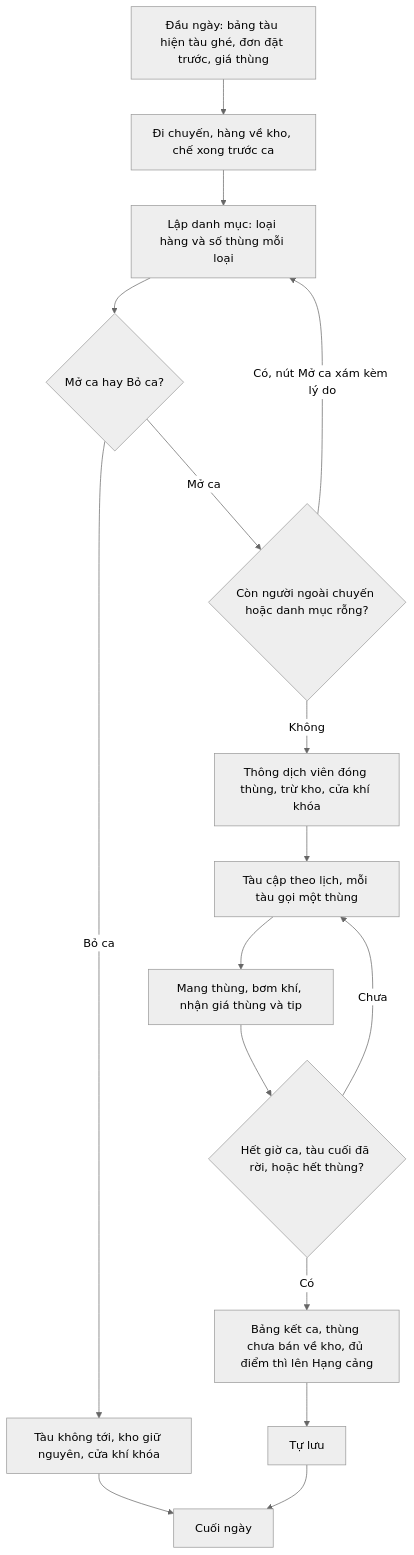
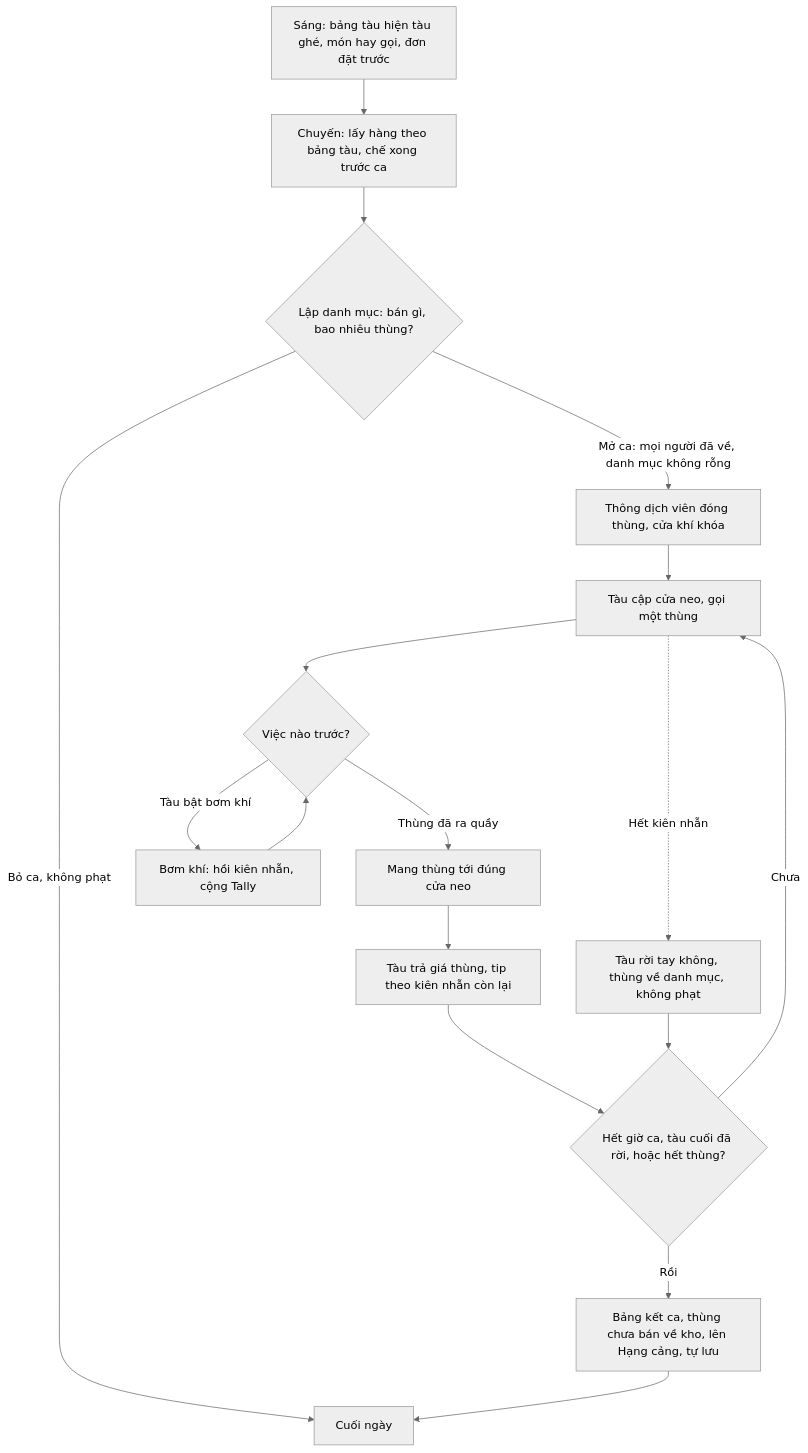
One commit to huycv18/DATN-SP27 changed the third of 4 diagrams in projects/game-moi/book/phan-2/01-mot-ngay.md. Above: the diagram before and after it, drawn with Mermaid (neutral theme). The commit also changed other lines of this file and 1 other file, not shown here.

Commit message:
Viết lại 3 sơ đồ core loop, toàn ca cảng, vòng chương: nhãn dòng tài nguyên trên mũi tên, nút quyết định của người chơi (lấy thêm hay về, lập danh mục, việc nào trước), cổng chương qua Hạng cảng trần chương, bỏ cổng động cơ khỏi core loop

````diff
--- a/projects/game-moi/book/phan-2/01-mot-ngay.md
+++ b/projects/game-moi/book/phan-2/01-mot-ngay.md
@@ -108,18 +105,19 @@
 ```mermaid
 flowchart TD
-  A["Đầu ngày: bảng tàu hiện tàu ghé, đơn đặt trước, giá thùng"] --> B["Đi chuyến, hàng về kho, chế xong trước ca"]
-  B --> C["Lập danh mục: loại hàng và số thùng mỗi loại"]
-  C --> D{"Mở ca hay Bỏ ca?"}
-  D -->|"Bỏ ca"| E["Tàu không tới, kho giữ nguyên, cửa khí khóa"]
-  D -->|"Mở ca"| F{"Còn người ngoài chuyến hoặc danh mục rỗng?"}
-  F -->|"Có, nút Mở ca xám kèm lý do"| C
-  F -->|"Không"| G["Thông dịch viên đóng thùng, trừ kho, cửa khí khóa"]
-  G --> H["Tàu cập theo lịch, mỗi tàu gọi một thùng"]
-  H --> I["Mang thùng, bơm khí, nhận giá thùng và tip"]
-  I --> J{"Hết giờ ca, tàu cuối đã rời, hoặc hết thùng?"}
-  J -->|"Chưa"| H
-  J -->|"Có"| K["Bảng kết ca, thùng chưa bán về kho, đủ điểm thì lên Hạng cảng"]
-  K --> L["Tự lưu"]
-  L --> M["Cuối ngày"]
-  E --> M
+  A["Sáng: bảng tàu hiện tàu ghé, món hay gọi, đơn đặt trước"] --> B["Chuyến: lấy hàng theo bảng tàu, chế xong trước ca"]
+  B --> C{"Lập danh mục: bán gì, bao nhiêu thùng?"}
+  C -->|"Bỏ ca, không phạt"| L["Cuối ngày"]
+  C -->|"Mở ca: mọi người đã về, danh mục không rỗng"| D["Thông dịch viên đóng thùng, cửa khí khóa"]
+  D --> E["Tàu cập cửa neo, gọi một thùng"]
+  E --> F{"Việc nào trước?"}
+  F -->|"Thùng đã ra quầy"| G["Mang thùng tới đúng cửa neo"]
+  F -->|"Tàu bật bơm khí"| H["Bơm khí: hồi kiên nhẫn, cộng Tally"]
+  H --> F
+  G --> I["Tàu trả giá thùng, tip theo kiên nhẫn còn lại"]
+  E -.->|"Hết kiên nhẫn"| J["Tàu rời tay không, thùng về danh mục, không phạt"]
+  I --> K{"Hết giờ ca, tàu cuối đã rời, hoặc hết thùng?"}
+  J --> K
+  K -->|"Chưa"| E
+  K -->|"Rồi"| M["Bảng kết ca, thùng chưa bán về kho, lên Hạng cảng, tự lưu"]
+  M --> L
 ```
````
